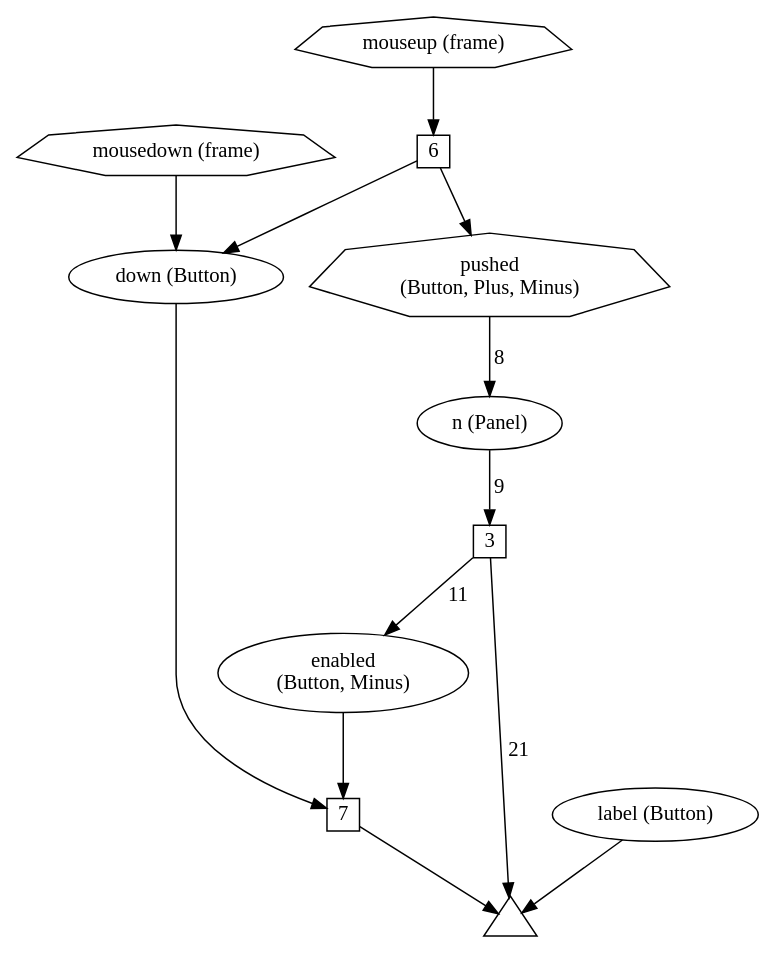
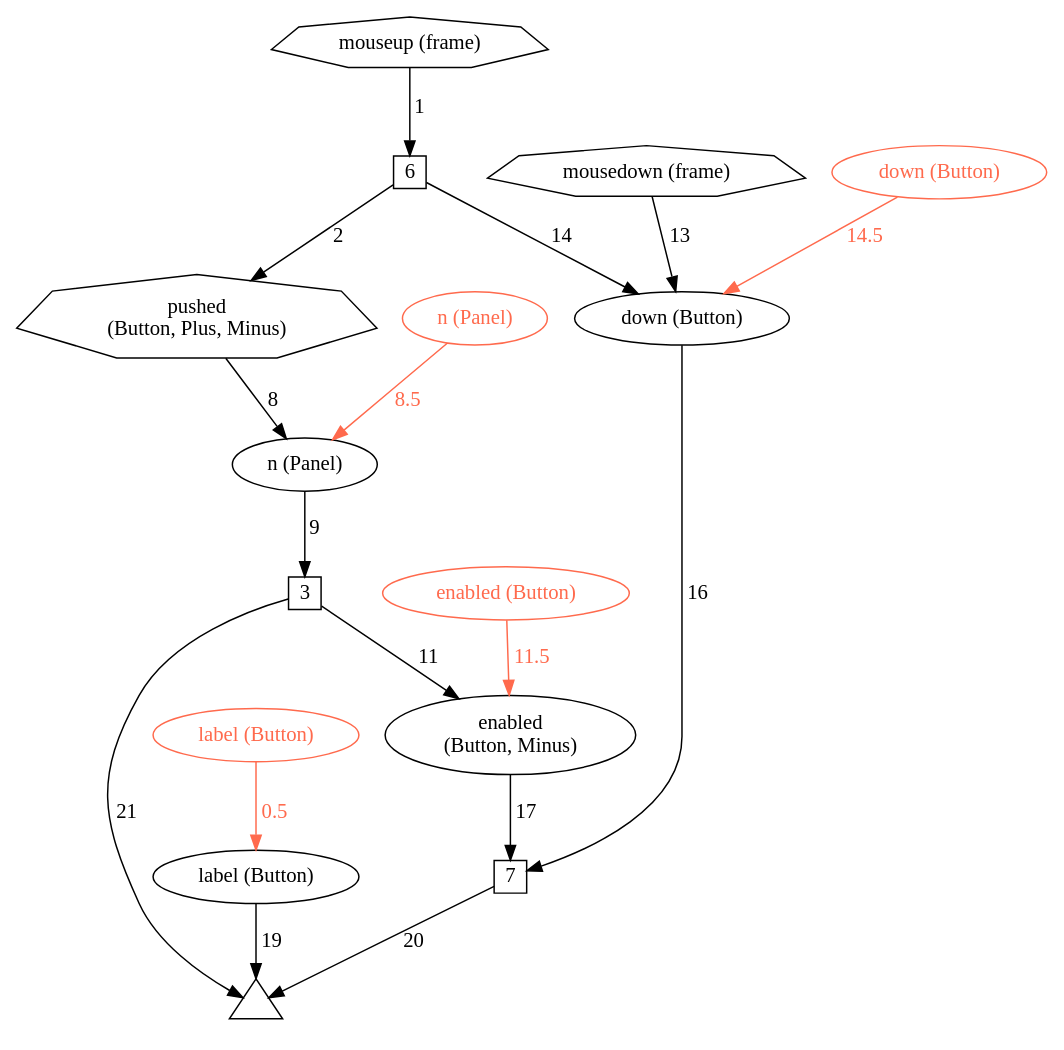
Before and after one commit to bendr/bender: the diagram in spec/fig/graph-panel-min.gv, drawn with Graphviz. The commit also changed 9 other files, not shown here.

```diff
--- a/spec/fig/graph-panel-min.gv
+++ b/spec/fig/graph-panel-min.gv
@@ -1,35 +1,39 @@
 digraph bender {
   node [fontname="Avenir Next"];
   edge [fontname="Avenir Next"];
 
   t [label="", shape=triangle, fixedsize=true, width=0.5];
   n [label="n (Panel)"];
   w3 [label="3", shape=square, fixedsize=true, width=0.3];
   enabled [label="enabled\n(Button, Minus)"]
-
-  pushed -> n [label=" 8"];
-  n -> w3 [label=" 9"];
-  w3 -> t [label=" 21"];
-  w3 -> enabled [label=" 11"];
-
   label [label="label (Button)"];
-  label -> t;
-
   mousedown [label="mousedown (frame)", shape=septagon];
   down [label="down (Button)"];
-  mousedown -> down;
-
   mouseup [label="mouseup (frame)", shape=septagon];
   w6 [label="6", shape=square, fixedsize=true, width=0.3];
-  mouseup -> w6;
-  w6 -> down;
-  w6 -> pushed;
-
   pushed [label="pushed\n(Button, Plus, Minus)", shape=septagon];
   w7 [label="7", shape=square, fixedsize=true, width=0.3];
-  enabled -> w7; 
-  down -> w7;
 
-  w7 -> t;
+  init_label [label="label (Button)", color="#ff6a4d", fontcolor="#ff6a4d"];
+  init_enabled [label="enabled (Button)", color="#ff6a4d", fontcolor="#ff6a4d"];
+  init_n [label="n (Panel)", color="#ff6a4d", fontcolor="#ff6a4d"];
+  init_down [label="down (Button)", color="#ff6a4d", fontcolor="#ff6a4d"];
+
+  init_label -> label [label=" 0.5", color="#ff6a4d", fontcolor="#ff6a4d"];
+  mouseup -> w6 [label=" 1"];
+  w6 -> pushed [label=" 2"];
+  pushed -> n [label=" 8"];
+  init_n -> n [label=" 8.5", color="#ff6a4d", fontcolor="#ff6a4d"];
+  n -> w3 [label=" 9"];
+  init_enabled -> enabled [label=" 11.5", color="#ff6a4d", fontcolor="#ff6a4d"];
+  w3 -> enabled [label=" 11"];
+  mousedown -> down [label=" 13"];
+  w6 -> down [label=" 14"];
+  init_down -> down [label=" 14.5", color="#ff6a4d", fontcolor="#ff6a4d"];
+  down -> w7 [label=" 16"];
+  enabled -> w7 [label=" 17"];
+  label -> t [label=" 19"];
+  w7 -> t [label=" 20"];
+  w3 -> t [label=" 21"];
 
 }
```
